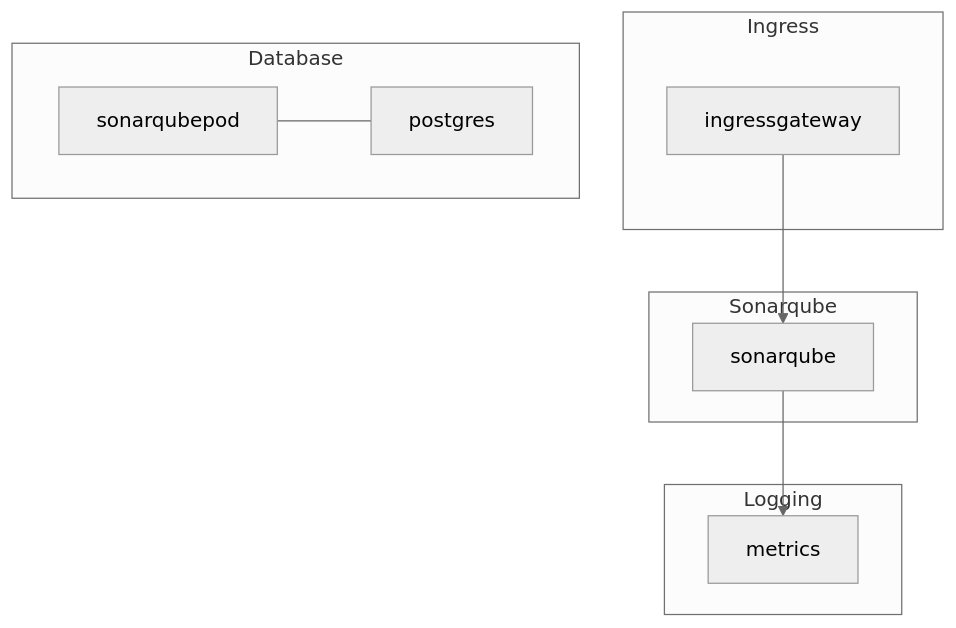
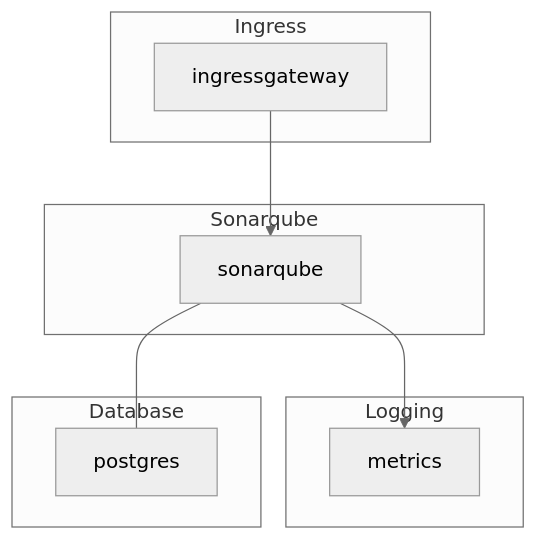
The first of 2 diagrams in charter/packages/sonarqube/Architecture.md (rjferguson21/big-bang), drawn with Mermaid (neutral theme) before and after one commit.

````diff
--- a/charter/packages/sonarqube/Architecture.md
+++ b/charter/packages/sonarqube/Architecture.md
@@ -9,18 +9,18 @@
 ```mermaid
 graph TB
   subgraph "Ingress"
     ingressgateway
   end
 
   subgraph "Sonarqube"
     ingressgateway --> sonarqube
   end      
 
   subgraph "Logging"
     sonarqube --> metrics
   end
 
   subgraph "Database"
-    sonarqubepod --- postgres
+    sonarqube --- postgres
   end
 ```
````
